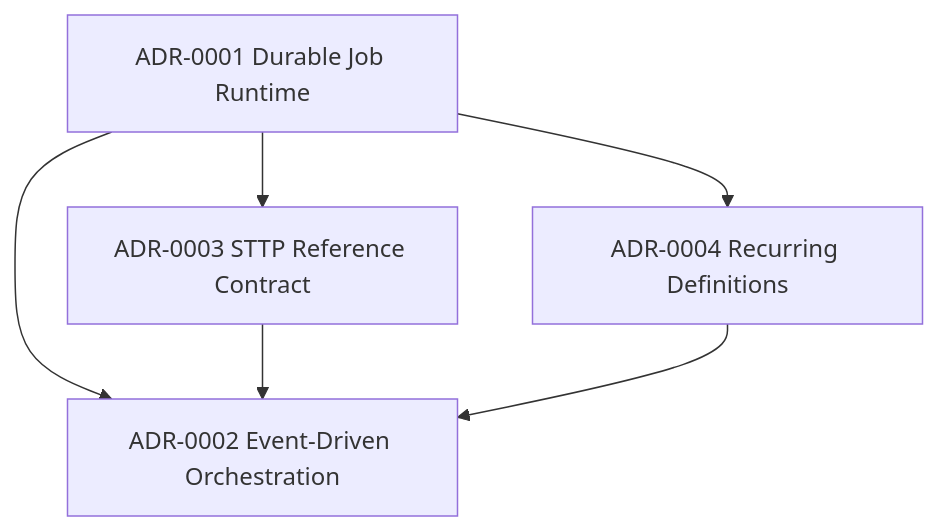
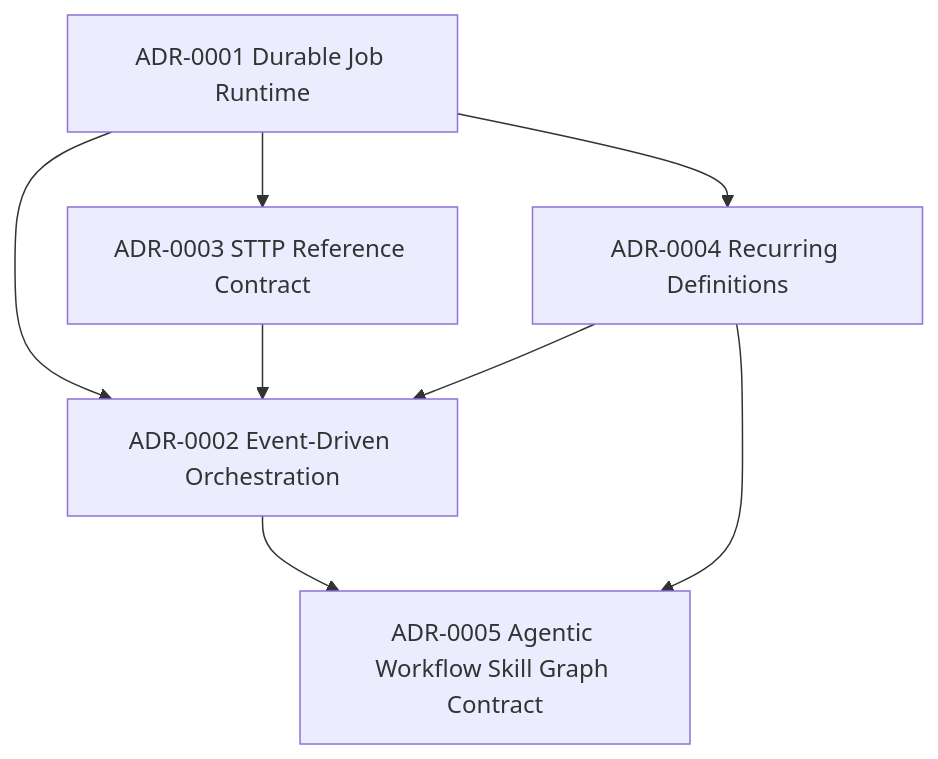
Before and after one commit to EntasisLabs/stasis: the diagram in docs/adr/README.md, drawn with Mermaid. The commit also changed other lines of this file and 28 other files, not shown here.

````diff
--- a/docs/adr/README.md
+++ b/docs/adr/README.md
@@ -28,8 +29,10 @@
 ```mermaid
 flowchart TD
   A1[ADR-0001 Durable Job Runtime] --> A2[ADR-0002 Event-Driven Orchestration]
   A1 --> A3[ADR-0003 STTP Reference Contract]
   A1 --> A4[ADR-0004 Recurring Definitions]
+  A2 --> A5[ADR-0005 Agentic Workflow Skill Graph Contract]
+  A4 --> A5
   A3 --> A2
   A4 --> A2
 ```
````
